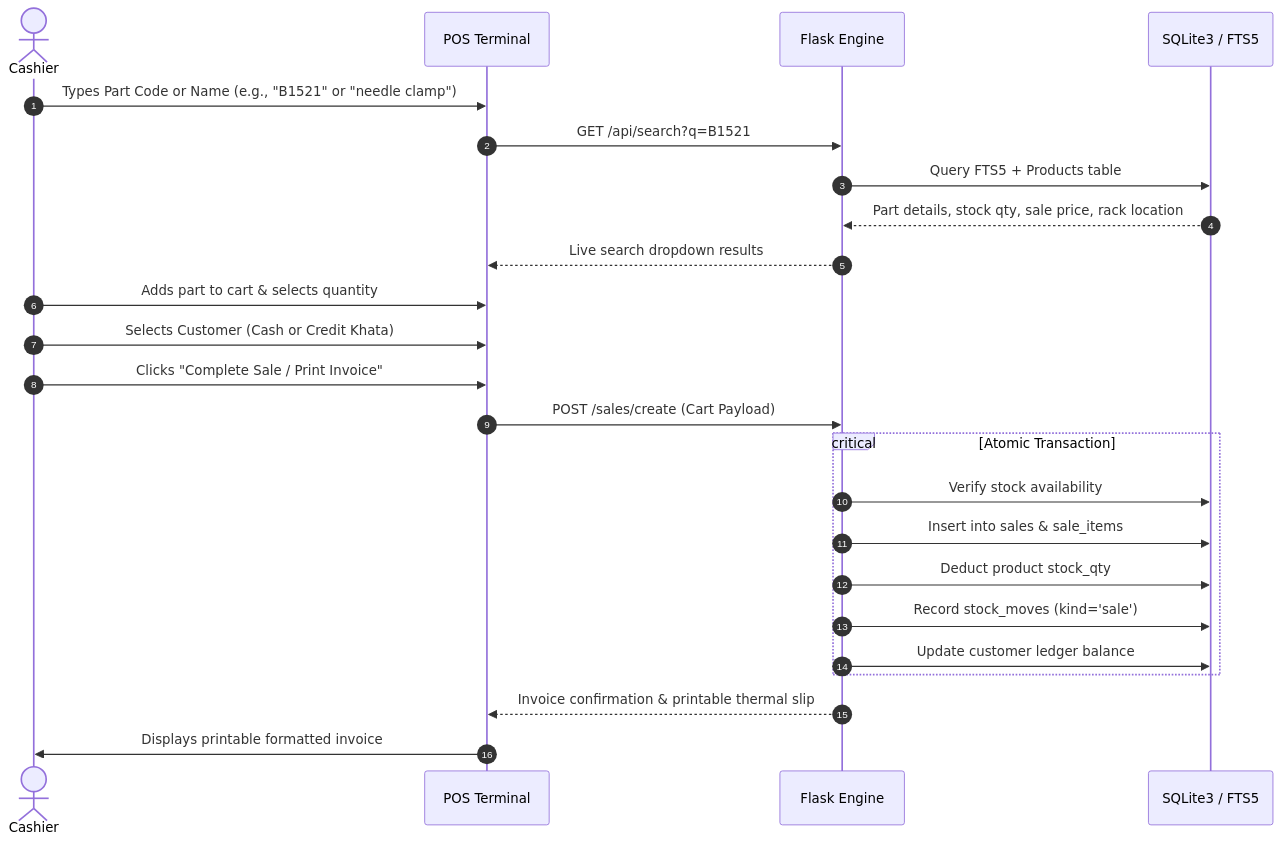
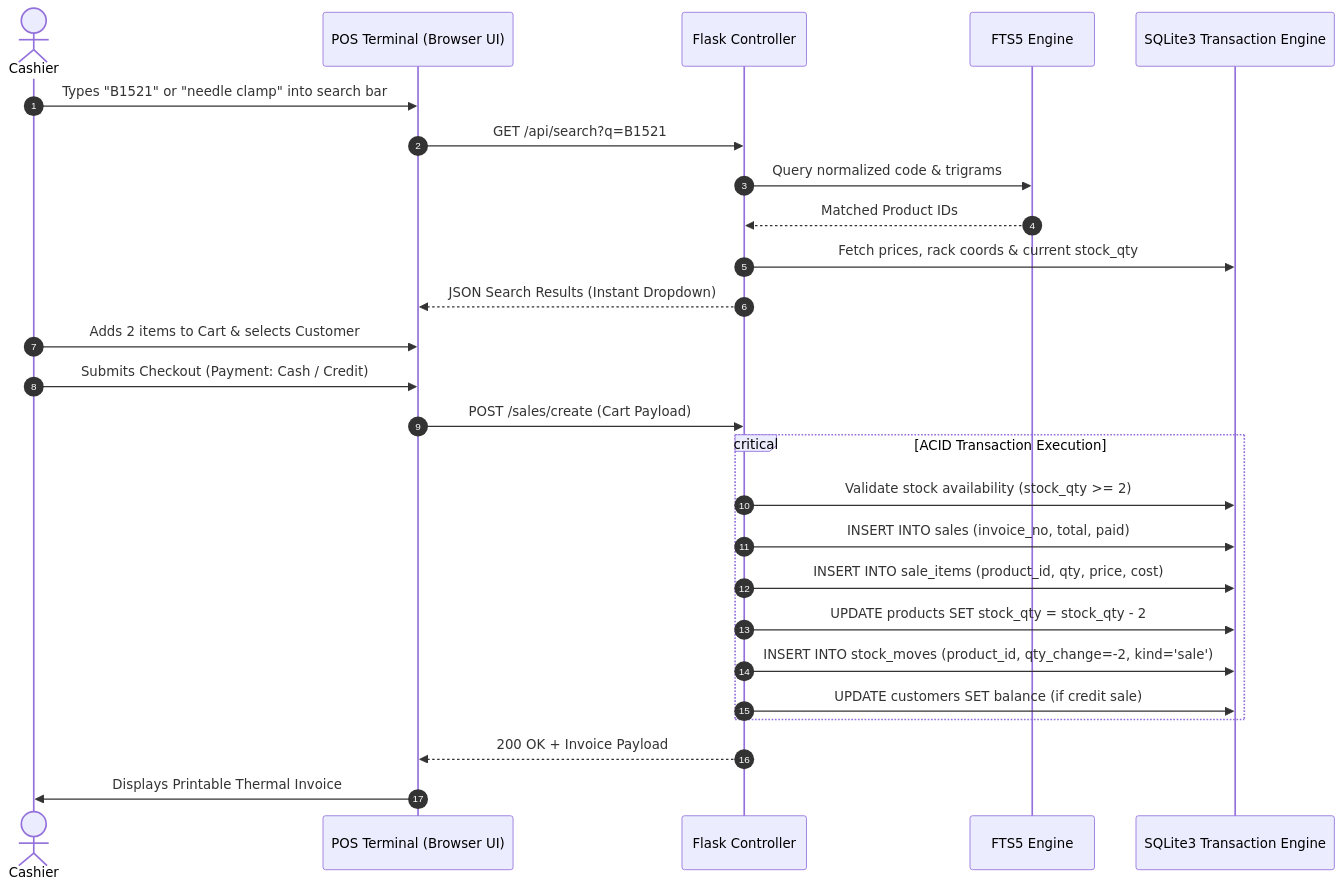
Before and after one commit to Emanyahyadev/Spare-Parts-Management-System: the second of 2 diagrams in README.md, drawn with Mermaid. The commit also changed other lines of this file, not shown here.

Commit message:
Enhance README: comprehensive UI walkthrough with screenshot technical breakdowns, metrics, and architecture

````diff
--- a/README.md
+++ b/README.md
@@ -231,27 +420,29 @@
 ```mermaid
 sequenceDiagram
     autonumber
     actor Cashier
-    participant UI as POS Terminal
-    participant Server as Flask Engine
-    participant DB as SQLite3 / FTS5
+    participant UI as POS Terminal (Browser UI)
+    participant Server as Flask Controller
+    participant FTS as FTS5 Engine
+    participant DB as SQLite3 Transaction Engine
 
-    Cashier->>UI: Types Part Code or Name (e.g., "B1521" or "needle clamp")
+    Cashier->>UI: Types "B1521" or "needle clamp" into search bar
     UI->>Server: GET /api/search?q=B1521
-    Server->>DB: Query FTS5 + Products table
-    DB-->>Server: Part details, stock qty, sale price, rack location
-    Server-->>UI: Live search dropdown results
-    Cashier->>UI: Adds part to cart & selects quantity
-    Cashier->>UI: Selects Customer (Cash or Credit Khata)
-    Cashier->>UI: Clicks "Complete Sale / Print Invoice"
+    Server->>FTS: Query normalized code & trigrams
+    FTS-->>Server: Matched Product IDs
+    Server->>DB: Fetch prices, rack coords & current stock_qty
+    Server-->>UI: JSON Search Results (Instant Dropdown)
+    Cashier->>UI: Adds 2 items to Cart & selects Customer
+    Cashier->>UI: Submits Checkout (Payment: Cash / Credit)
     UI->>Server: POST /sales/create (Cart Payload)
-    critical Atomic Transaction
-        Server->>DB: Verify stock availability
-        Server->>DB: Insert into sales & sale_items
-        Server->>DB: Deduct product stock_qty
-        Server->>DB: Record stock_moves (kind='sale')
-        Server->>DB: Update customer ledger balance
+    critical ACID Transaction Execution
+        Server->>DB: Validate stock availability (stock_qty >= 2)
+        Server->>DB: INSERT INTO sales (invoice_no, total, paid)
+        Server->>DB: INSERT INTO sale_items (product_id, qty, price, cost)
+        Server->>DB: UPDATE products SET stock_qty = stock_qty - 2
+        Server->>DB: INSERT INTO stock_moves (product_id, qty_change=-2, kind='sale')
+        Server->>DB: UPDATE customers SET balance (if credit sale)
     end
-    Server-->>UI: Invoice confirmation & printable thermal slip
-    UI->>Cashier: Displays printable formatted invoice
+    Server-->>UI: 200 OK + Invoice Payload
+    UI->>Cashier: Displays Printable Thermal Invoice
 ```
````
